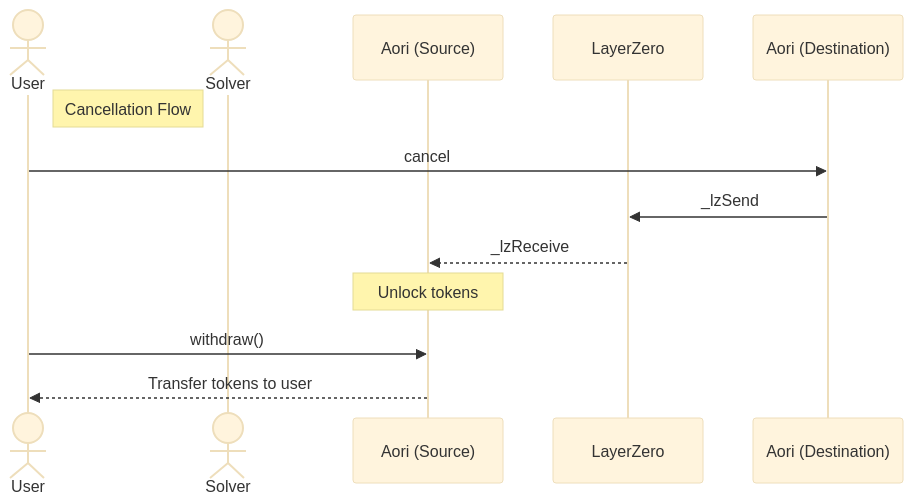
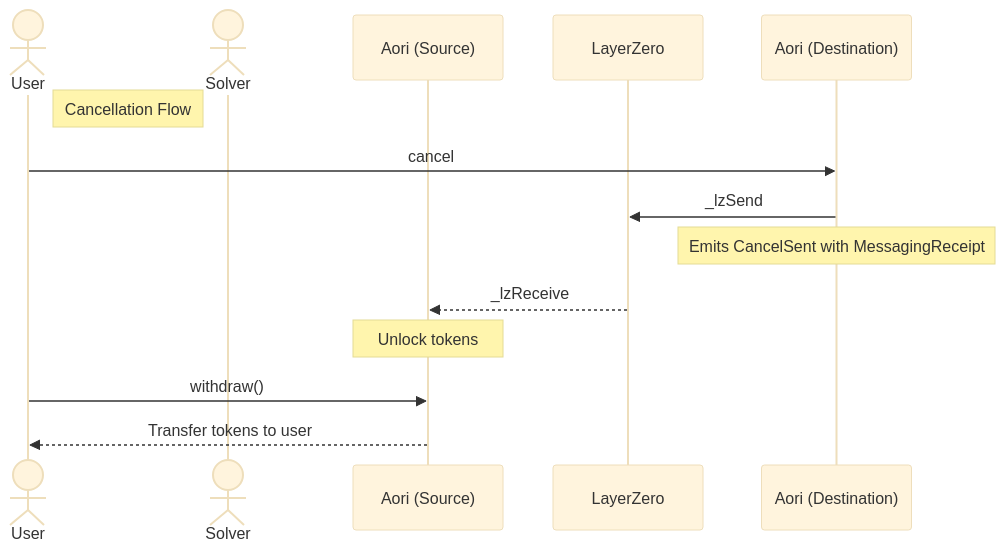
One commit to aori-io/aori changed the third of 6 diagrams in README.md. Above: the diagram before and after it, drawn with Mermaid (base theme). The commit also changed other lines of this file, not shown here.

````diff
--- a/README.md
+++ b/README.md
@@ -87,17 +92,18 @@
 ```mermaid
 sequenceDiagram
     actor User
     actor Solver
     participant AoriSrc as Aori (Source)
     participant LZ as LayerZero
     participant AoriDst as Aori (Destination)
 
     %% Cancellation Flow
     note right of User: Cancellation Flow
     User->>AoriDst: cancel
     AoriDst->>LZ: _lzSend
+    Note over AoriDst: Emits CancelSent with MessagingReceipt
     LZ-->>AoriSrc: _lzReceive
     Note over AoriSrc: Unlock tokens
     User->>AoriSrc: withdraw()
     AoriSrc-->>User: Transfer tokens to user
 ```
````
